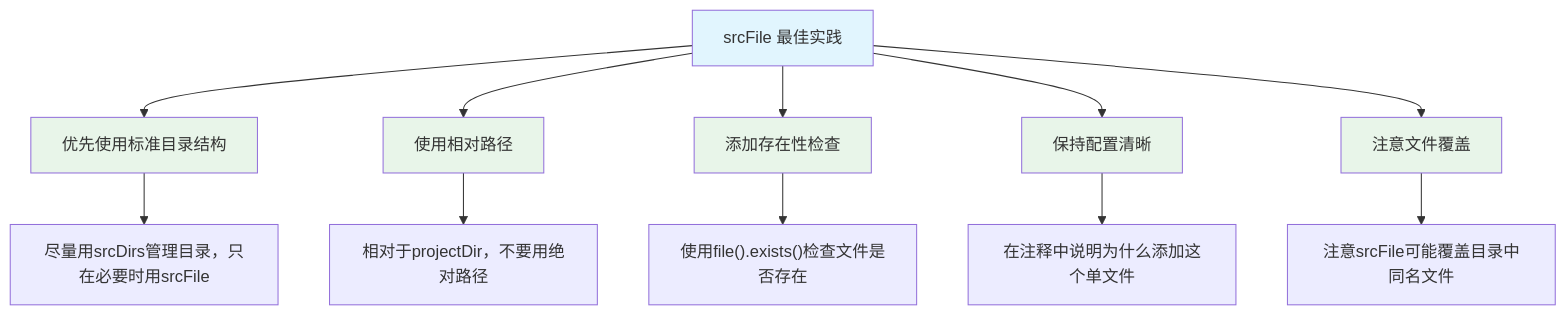
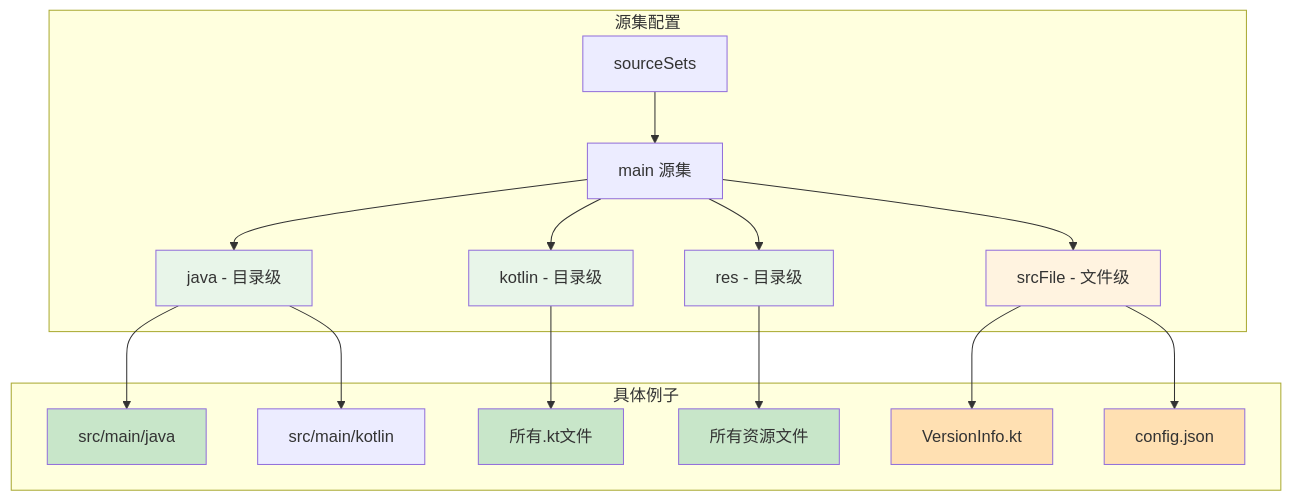
The second of 3 diagrams in AndroidDeveloperGuideStory/Contents/vol21/21.1.67 Android源文件.md (Carrie-L/carrie-l.github.io), drawn with Mermaid before and after one commit. The commit also changed other lines of this file, not shown here.

Commit message:
feat(chapter-21.1.67): Add AndroidSourceFile chapter with Gradle DSL configuration

````diff
--- a/AndroidDeveloperGuideStory/Contents/vol21/21.1.67 Android源文件.md
+++ b/AndroidDeveloperGuideStory/Contents/vol21/21.1.67 Android源文件.md
@@ -355,21 +244,30 @@
 ```mermaid
 flowchart TB
-    A[srcFile 最佳实践] --> B1[优先使用标准目录结构]
-    A --> B2[使用相对路径]
-    A --> B3[添加存在性检查]
-    A --> B4[保持配置清晰]
-    A --> B5[注意文件覆盖]
+    subgraph 源集配置
+        A[sourceSets] --> B[main 源集]
+        B --> C[java - 目录级]
+        B --> D[kotlin - 目录级]
+        B --> E[res - 目录级]
+        B --> F[srcFile - 文件级]
+    end
     
-    B1 --> B1a["尽量用srcDirs管理目录，只在必要时用srcFile"]
-    B2 --> B2a["相对于projectDir，不要用绝对路径"]
-    B3 --> B3a["使用file().exists()检查文件是否存在"]
-    B4 --> B4a["在注释中说明为什么添加这个单文件"]
-    B5 --> B5a["注意srcFile可能覆盖目录中同名文件"]
+    subgraph 具体例子
+        C --> C1["src/main/java"]
+        C --> C2["src/main/kotlin"]
+        D --> D1["所有.kt文件"]
+        E --> E1["所有资源文件"]
+        F --> F1["VersionInfo.kt"]
+        F --> F2["config.json"]
+    end
     
-    style A fill:#e1f5fe
-    style B1 fill:#e8f5e9
-    style B2 fill:#e8f5e9
-    style B3 fill:#e8f5e9
-    style B4 fill:#e8f5e9
-    style B5 fill:#e8f5e9
+    style C fill:#e8f5e9
+    style D fill:#e8f5e9
+    style E fill:#e8f5e9
+    style F fill:#fff3e0
+    
+    style C1 fill:#c8e6c9
+    style D1 fill:#c8e6c9
+    style E1 fill:#c8e6c9
+    style F1 fill:#ffe0b2
+    style F2 fill:#ffe0b2
 ```
````
